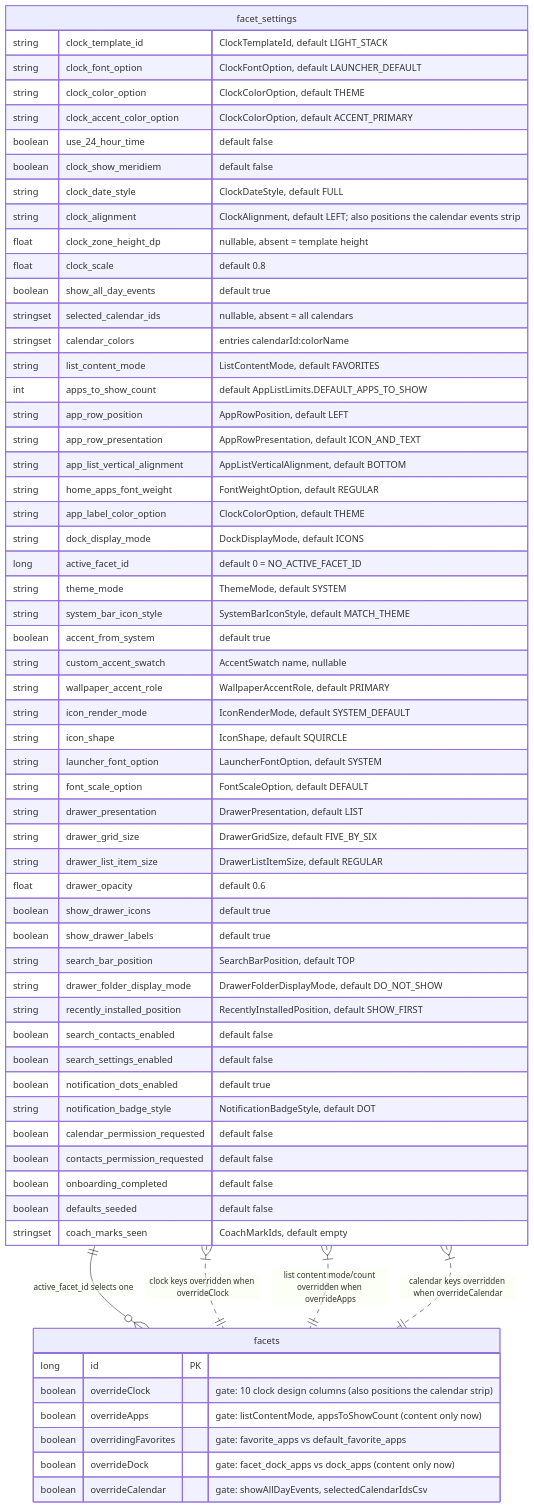
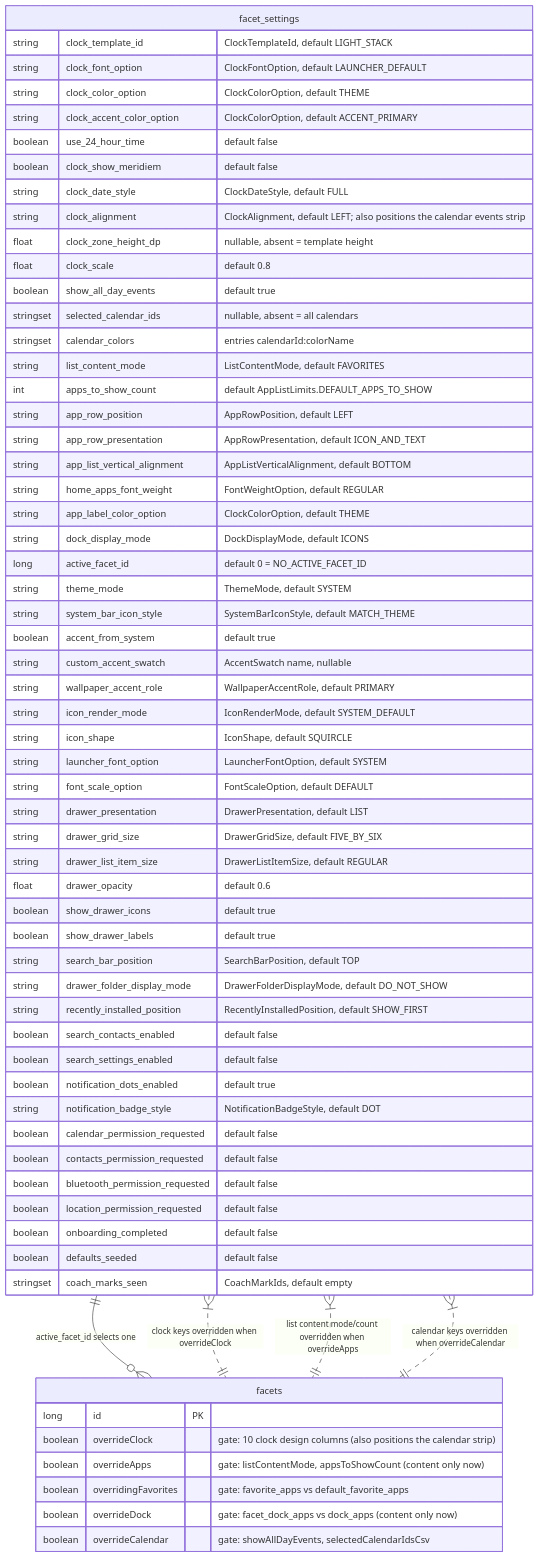
One commit to rohitganjam/facet-launcher changed the third of 3 diagrams in docs/architecture/02-persistence-room.md. Above: the diagram before and after it, drawn with Mermaid. The commit also changed other lines of this file and 47 other files, not shown here.

````diff
--- a/docs/architecture/02-persistence-room.md
+++ b/docs/architecture/02-persistence-room.md
@@ -389,68 +389,70 @@
 ```mermaid
 erDiagram
     facet_settings {
         string clock_template_id "ClockTemplateId, default LIGHT_STACK"
         string clock_font_option "ClockFontOption, default LAUNCHER_DEFAULT"
         string clock_color_option "ClockColorOption, default THEME"
         string clock_accent_color_option "ClockColorOption, default ACCENT_PRIMARY"
         boolean use_24_hour_time "default false"
         boolean clock_show_meridiem "default false"
         string clock_date_style "ClockDateStyle, default FULL"
         string clock_alignment "ClockAlignment, default LEFT; also positions the calendar events strip"
         float clock_zone_height_dp "nullable, absent = template height"
         float clock_scale "default 0.8"
         boolean show_all_day_events "default true"
         stringset selected_calendar_ids "nullable, absent = all calendars"
         stringset calendar_colors "entries calendarId:colorName"
         string list_content_mode "ListContentMode, default FAVORITES"
         int apps_to_show_count "default AppListLimits.DEFAULT_APPS_TO_SHOW"
         string app_row_position "AppRowPosition, default LEFT"
         string app_row_presentation "AppRowPresentation, default ICON_AND_TEXT"
         string app_list_vertical_alignment "AppListVerticalAlignment, default BOTTOM"
         string home_apps_font_weight "FontWeightOption, default REGULAR"
         string app_label_color_option "ClockColorOption, default THEME"
         string dock_display_mode "DockDisplayMode, default ICONS"
         long active_facet_id "default 0 = NO_ACTIVE_FACET_ID"
         string theme_mode "ThemeMode, default SYSTEM"
         string system_bar_icon_style "SystemBarIconStyle, default MATCH_THEME"
         boolean accent_from_system "default true"
         string custom_accent_swatch "AccentSwatch name, nullable"
         string wallpaper_accent_role "WallpaperAccentRole, default PRIMARY"
         string icon_render_mode "IconRenderMode, default SYSTEM_DEFAULT"
         string icon_shape "IconShape, default SQUIRCLE"
         string launcher_font_option "LauncherFontOption, default SYSTEM"
         string font_scale_option "FontScaleOption, default DEFAULT"
         string drawer_presentation "DrawerPresentation, default LIST"
         string drawer_grid_size "DrawerGridSize, default FIVE_BY_SIX"
         string drawer_list_item_size "DrawerListItemSize, default REGULAR"
         float drawer_opacity "default 0.6"
         boolean show_drawer_icons "default true"
         boolean show_drawer_labels "default true"
         string search_bar_position "SearchBarPosition, default TOP"
         string drawer_folder_display_mode "DrawerFolderDisplayMode, default DO_NOT_SHOW"
         string recently_installed_position "RecentlyInstalledPosition, default SHOW_FIRST"
         boolean search_contacts_enabled "default false"
         boolean search_settings_enabled "default false"
         boolean notification_dots_enabled "default true"
         string notification_badge_style "NotificationBadgeStyle, default DOT"
         boolean calendar_permission_requested "default false"
         boolean contacts_permission_requested "default false"
+        boolean bluetooth_permission_requested "default false"
+        boolean location_permission_requested "default false"
         boolean onboarding_completed "default false"
         boolean defaults_seeded "default false"
         stringset coach_marks_seen "CoachMarkIds, default empty"
     }
 
     facets {
         long id PK
         boolean overrideClock "gate: 10 clock design columns (also positions the calendar strip)"
         boolean overrideApps "gate: listContentMode, appsToShowCount (content only now)"
         boolean overridingFavorites "gate: favorite_apps vs default_favorite_apps"
         boolean overrideDock "gate: facet_dock_apps vs dock_apps (content only now)"
         boolean overrideCalendar "gate: showAllDayEvents, selectedCalendarIdsCsv"
     }
 
     facet_settings ||--o{ facets : "active_facet_id selects one"
     facet_settings }|..|| facets : "clock keys overridden when overrideClock"
     facet_settings }|..|| facets : "list content mode/count overridden when overrideApps"
     facet_settings }|..|| facets : "calendar keys overridden when overrideCalendar"
 ```
````
